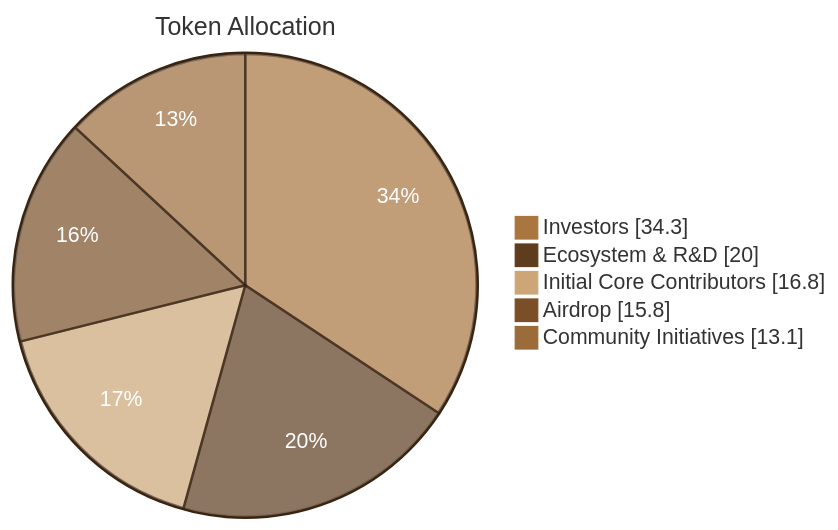
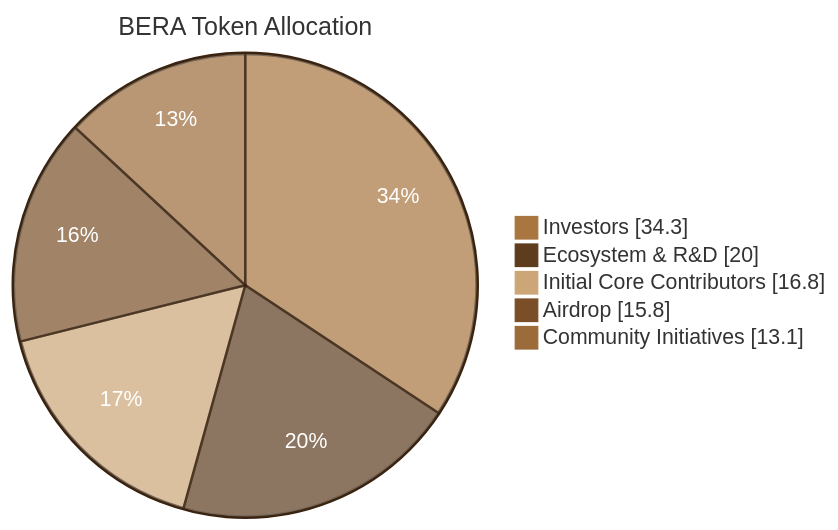
The diagram in general/tokens/bera.mdx (berachain/docs), drawn with Mermaid before and after one commit. The commit also changed other lines of this file, not shown here.

Commit message:
Updated mintlify pages
- Updated general/tokens/bera.mdx

Mintlify-Source: dashboard-editor

````diff
--- a/general/tokens/bera.mdx
+++ b/general/tokens/bera.mdx
@@ -47,24 +47,21 @@
 ```mermaid actions={false}
----
-title: BERA Allocation
----
 %%{init: {'theme':'base', 'themeVariables': {
     'pie1':'#a9763f',
     'pie2':'#5e3d1f',
     'pie3':'#cda678',
     'pie4':'#7a4f28',
     'pie5':'#9c6b3a',
     'pieTitleTextSize':'20px',
     'pieSectionTextColor':'#ffffff',
     'pieStrokeColor':'#3a2410',
     'pieStrokeWidth':'2px',
     'pieOuterStrokeColor':'#3a2410'
 }}}%%
 pie showData
-    title Token Allocation
+    title BERA Token Allocation
     "Investors" : 34.3
     "Ecosystem & R&D" : 20
     "Initial Core Contributors" : 16.8
     "Airdrop" : 15.8
     "Community Initiatives" : 13.1
 ```
````
